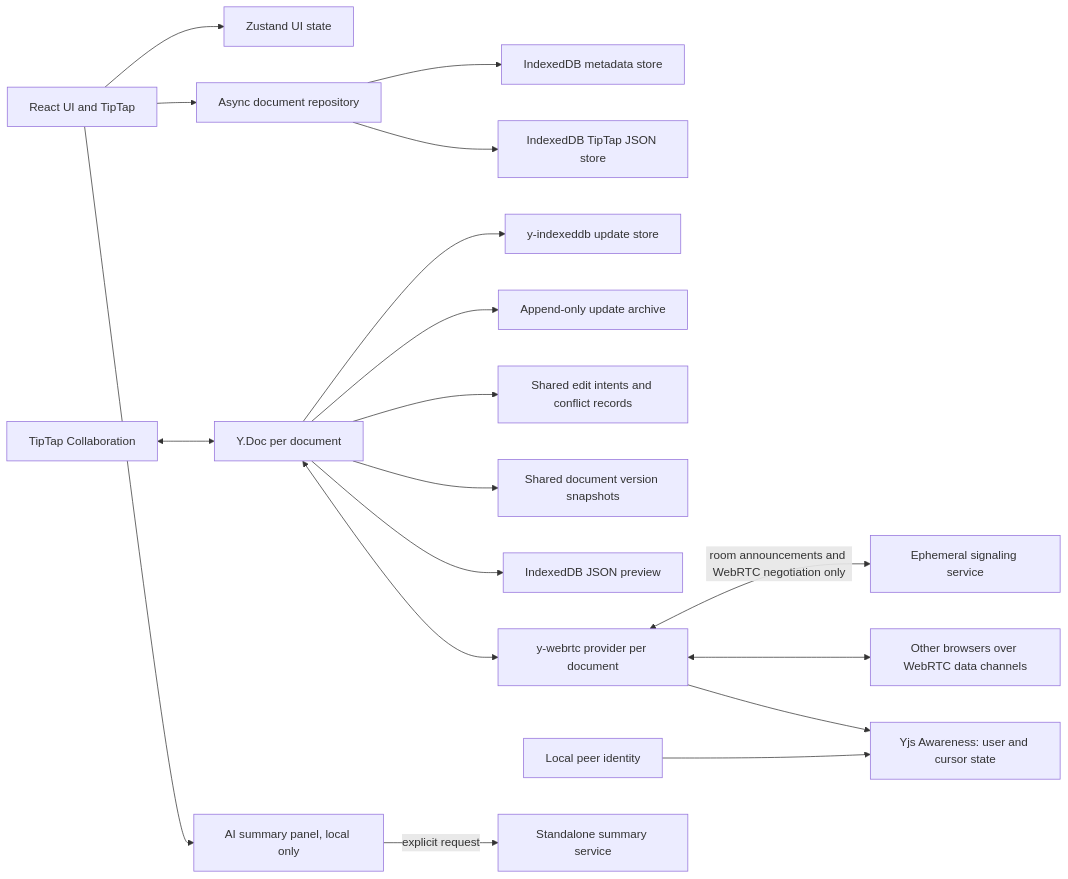
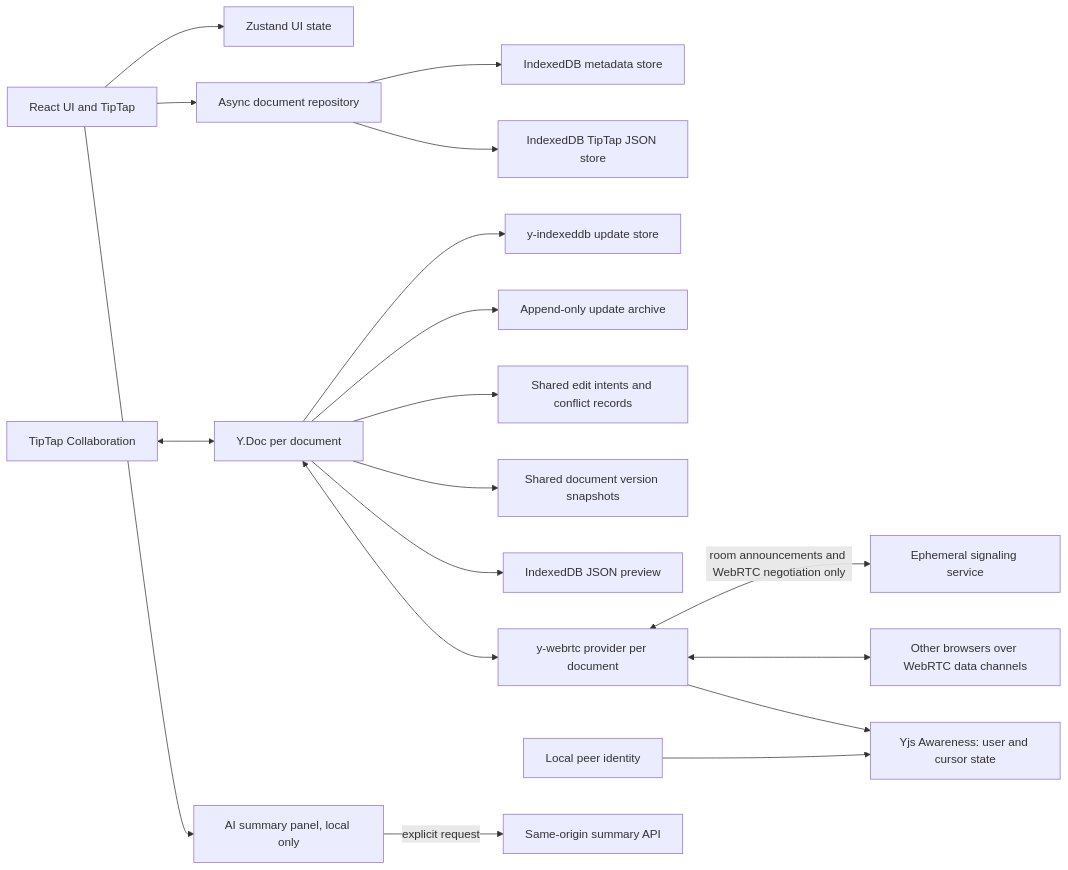
Before and after one commit to aarushi-13/TSG: the first of 2 diagrams in ARCHITECTURE.md, drawn with Mermaid. The commit also changed other lines of this file and 13 other files, not shown here.

````diff
--- a/ARCHITECTURE.md
+++ b/ARCHITECTURE.md
@@ -5,20 +5,20 @@
 ```mermaid
 flowchart LR
   UI[React UI and TipTap] --> STORE[Zustand UI state]
   UI --> REPO[Async document repository]
   REPO --> META[IndexedDB metadata store]
   REPO --> CONTENT[IndexedDB TipTap JSON store]
   EDITOR[TipTap Collaboration] <--> YDOC[Y.Doc per document]
   YDOC --> YLOCAL[y-indexeddb update store]
   YDOC --> HISTORY[Append-only update archive]
   YDOC --> CONFLICTS[Shared edit intents and conflict records]
   YDOC --> VERSIONS[Shared document version snapshots]
   YDOC --> PROJECTION[IndexedDB JSON preview]
   YDOC <--> P2P[y-webrtc provider per document]
   P2P <-->|room announcements and WebRTC negotiation only| SIGNAL[Ephemeral signaling service]
   P2P <--> PEERS[Other browsers over WebRTC data channels]
   P2P --> AWARENESS[Yjs Awareness: user and cursor state]
   PROFILE[Local peer identity] --> AWARENESS
   UI --> SUMMARY[AI summary panel, local only]
-  SUMMARY -->|explicit request| LLM[Standalone summary service]
+  SUMMARY -->|explicit request| LLM[Same-origin summary API]
 ```
````
